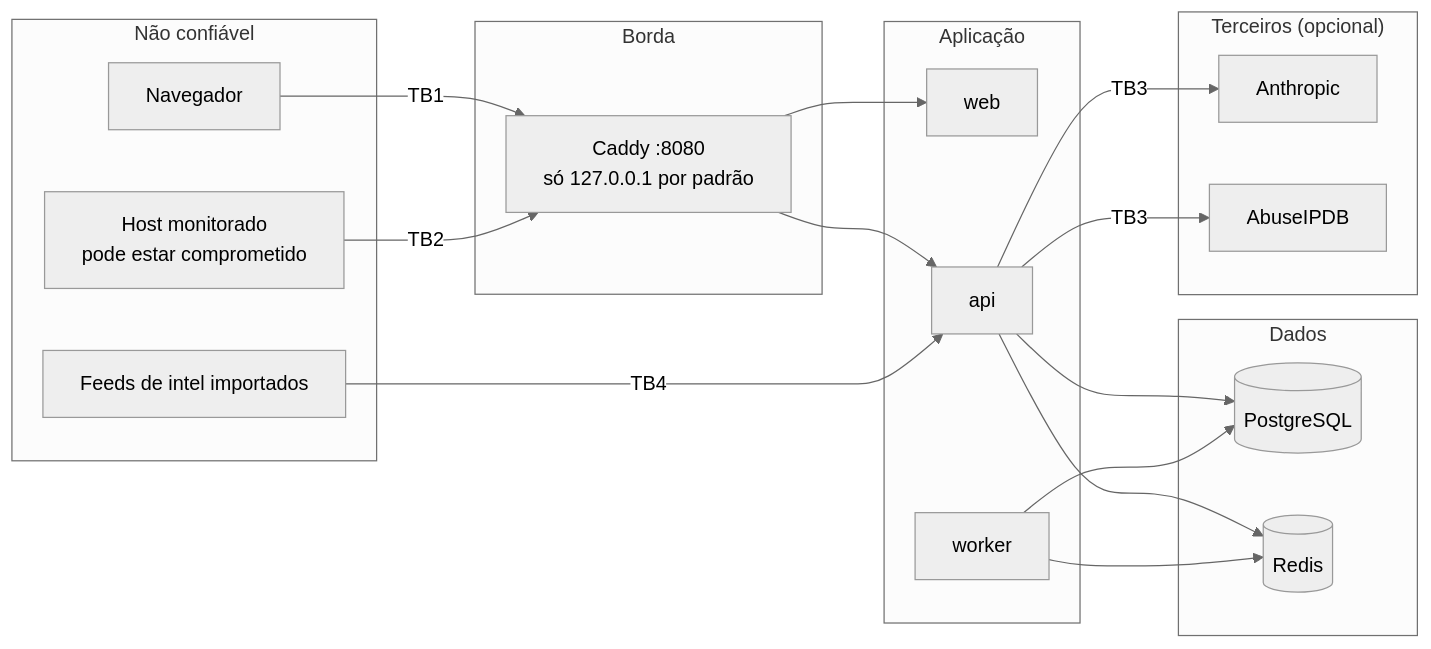
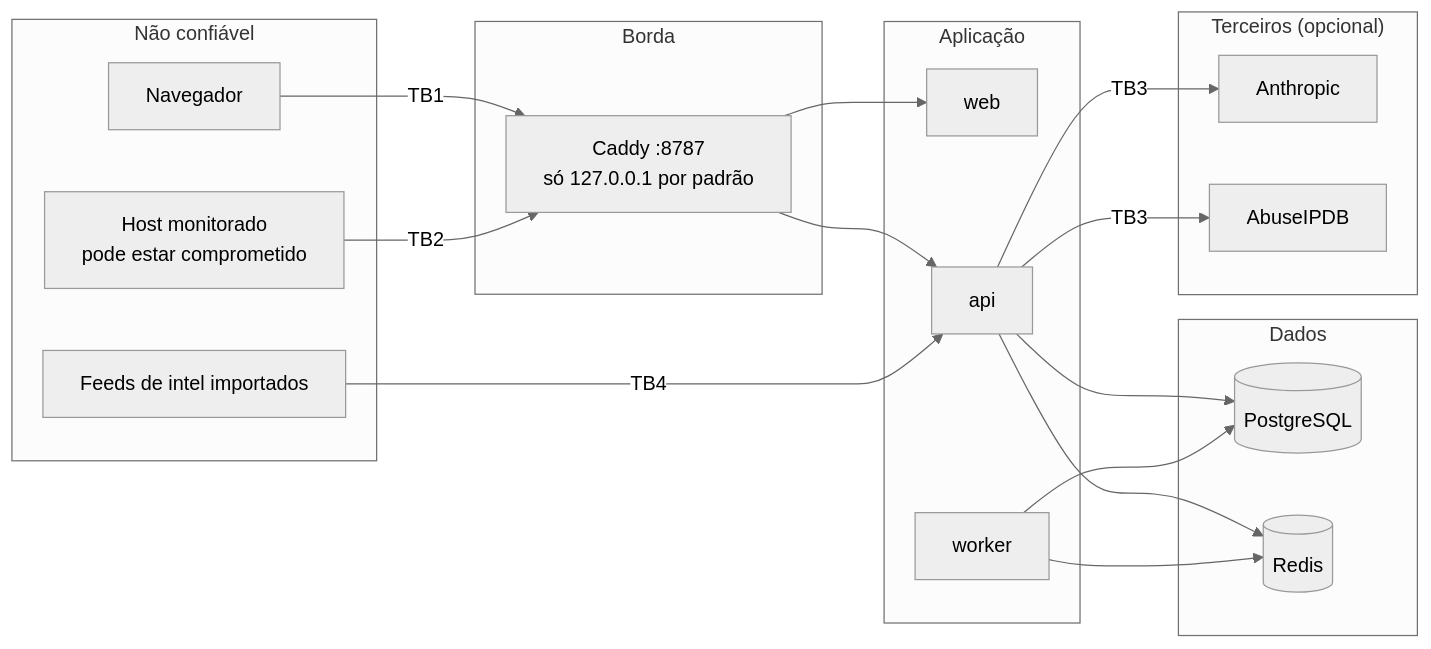
One commit to ClaudioAMF1/AEGIS changed the diagram in docs/threat-model.md. Above: the diagram before and after it, drawn with Mermaid (neutral theme). The commit also changed 7 other files, not shown here.

````diff
--- a/docs/threat-model.md
+++ b/docs/threat-model.md
@@ -22,31 +22,31 @@
 ```mermaid
 flowchart LR
     subgraph Z0["Não confiável"]
         BR[Navegador]
         HOST[Host monitorado<br/>pode estar comprometido]
         TI[Feeds de intel importados]
     end
     subgraph Z1["Borda"]
-        GW[Caddy :8080<br/>só 127.0.0.1 por padrão]
+        GW[Caddy :8787<br/>só 127.0.0.1 por padrão]
     end
     subgraph Z2["Aplicação"]
         WEB[web]
         API[api]
         WK[worker]
     end
     subgraph Z3["Dados"]
         PG[(PostgreSQL)]
         RD[(Redis)]
     end
     subgraph Z4["Terceiros (opcional)"]
         LLM[Anthropic]
         AB[AbuseIPDB]
     end
     BR -- TB1 --> GW
     HOST -- TB2 --> GW
     GW --> WEB & API
     API --> PG & RD
     WK --> PG & RD
     API -- TB3 --> LLM & AB
     TI -- TB4 --> API
 ```
````
